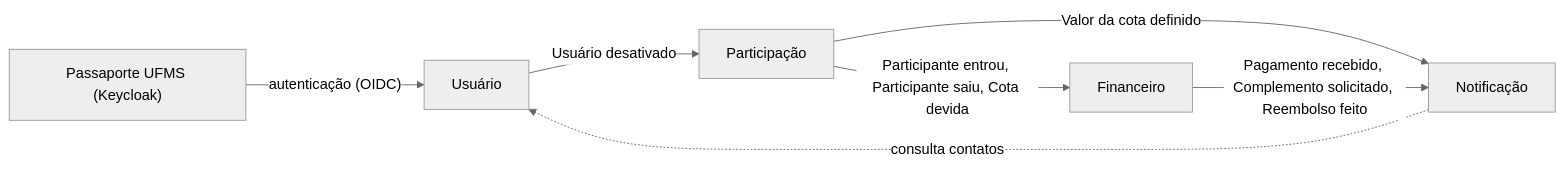
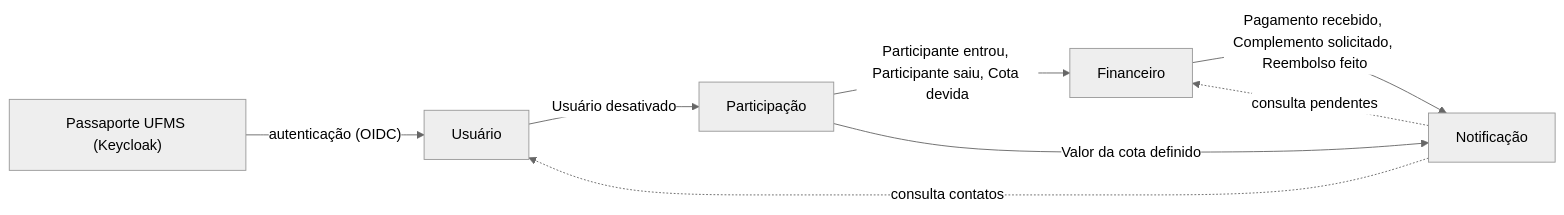
One commit to hsborges/facoffee-app changed the seventh of 7 diagrams in docs/dominio/MODELOS.md. Above: the diagram before and after it, drawn with Mermaid. The commit also changed other lines of this file and 37 other files, not shown here.

````diff
--- a/docs/dominio/MODELOS.md
+++ b/docs/dominio/MODELOS.md
@@ -255,11 +258,12 @@
 ```mermaid
 %%{init: {"theme": "neutral"}}%%
 flowchart LR
 
     PU["Passaporte UFMS (Keycloak)"] -- "autenticação (OIDC)" --> U["Usuário"]
     U -- "Usuário desativado" --> P["Participação"]
     P -- "Participante entrou, Participante saiu, Cota devida" --> F["Financeiro"]
     P -- "Valor da cota definido" --> N["Notificação"]
     F -- "Pagamento recebido, Complemento solicitado, Reembolso feito" --> N
     N -. "consulta contatos" .-> U
+    N -. "consulta pendentes" .-> F
 ```
````
